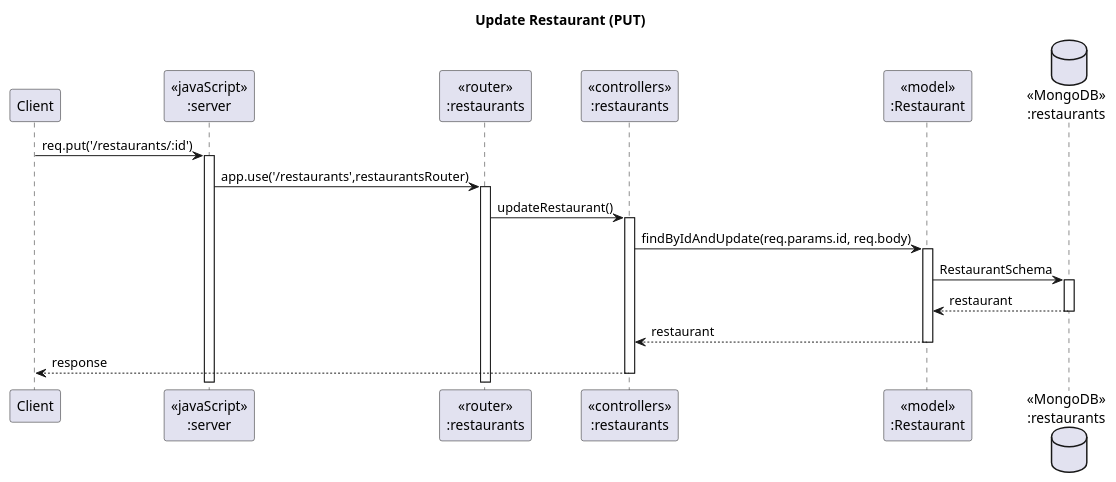
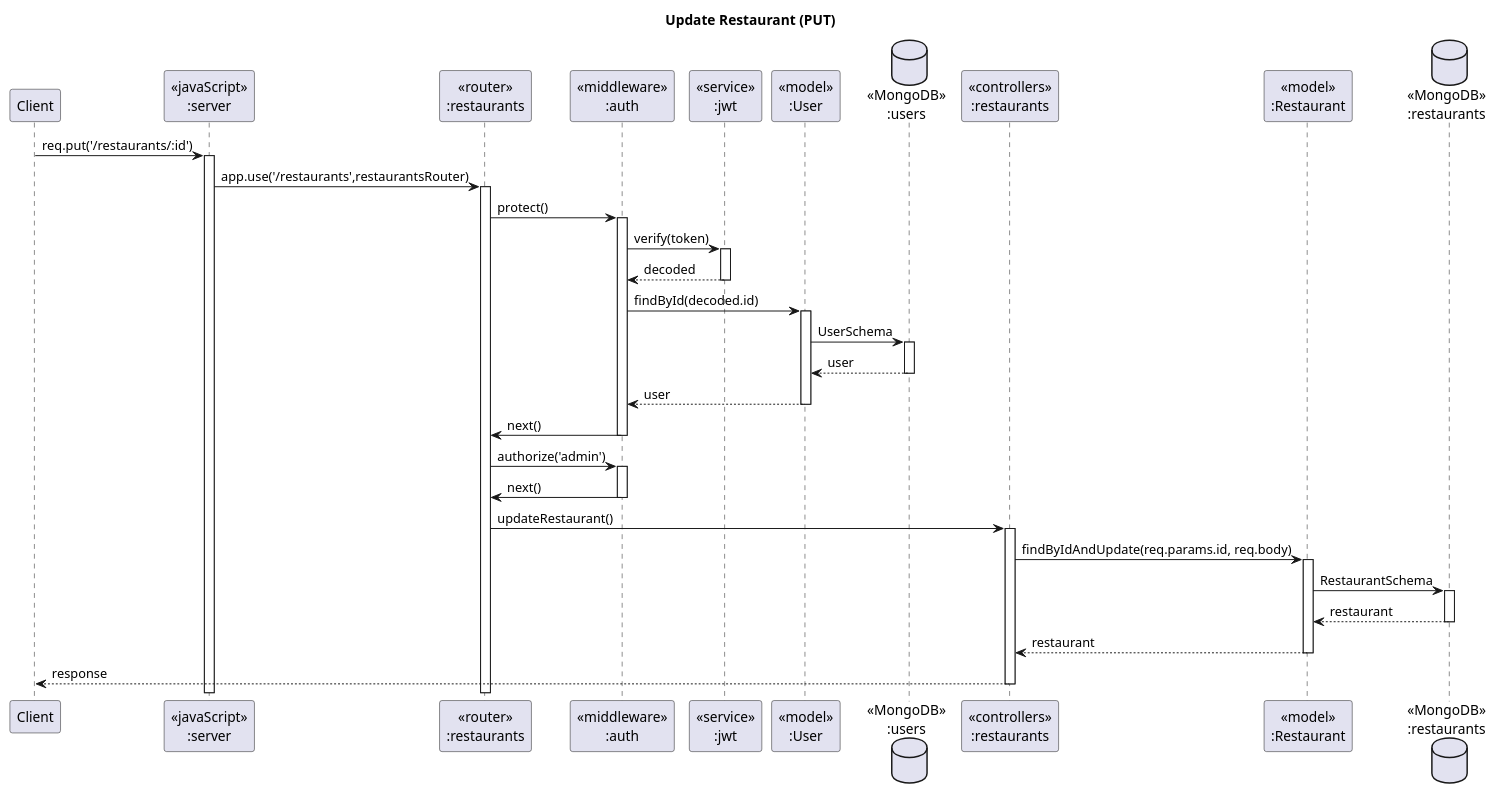
Before and after one commit to phumipatc/restaurant-reservator: the diagram in diagrams/sequenceDiagram/restaurants/update.puml, drawn with PlantUML. The commit also changed 2 other files, not shown here.

Commit message:
add middleware to restaurant sequence diagram

```diff
--- a/diagrams/sequenceDiagram/restaurants/update.puml
+++ b/diagrams/sequenceDiagram/restaurants/update.puml
@@ -1,23 +1,40 @@
 @startuml Update Restaurant (PUT)
 
 ' header Sameple VacQ Sequence Diagram
 ' footer Page %page% of %lastpage%
 title "Update Restaurant (PUT)"
 
 participant "Client" as client
 participant "<<javaScript>>\n:server" as server
 participant "<<router>>\n:restaurants" as restaurantsRouter
+participant "<<middleware>>\n:auth" as authMiddleware
+participant "<<service>>\n:jwt" as jwtService
+participant "<<model>>\n:User" as userModel
+database "<<MongoDB>>\n:users" as users
 participant "<<controllers>>\n:restaurants" as restaurantsController
 participant "<<model>>\n:Restaurant" as restaurantModel
 database "<<MongoDB>>\n:restaurants" as RestaurantsDatabase
 
 client->server ++:req.put('/restaurants/:id')
 server->restaurantsRouter ++:app.use('/restaurants',restaurantsRouter)
+
+restaurantsRouter -> authMiddleware ++:protect()
+authMiddleware -> jwtService ++:verify(token)
+jwtService --> authMiddleware --:decoded
+authMiddleware -> userModel ++:findById(decoded.id)
+userModel -> users ++:UserSchema
+users --> userModel --:user
+userModel --> authMiddleware --:user
+authMiddleware -> restaurantsRouter --:next()
+
+restaurantsRouter -> authMiddleware ++:authorize('admin')
+authMiddleware -> restaurantsRouter --:next()
+
 restaurantsRouter->restaurantsController ++:updateRestaurant()
 restaurantsController->restaurantModel ++:findByIdAndUpdate(req.params.id, req.body)
 restaurantModel ->RestaurantsDatabase ++: RestaurantSchema
 RestaurantsDatabase --> restaurantModel --: restaurant
 restaurantModel --> restaurantsController --: restaurant
 restaurantsController --> client --: response
 
 @enduml
```
